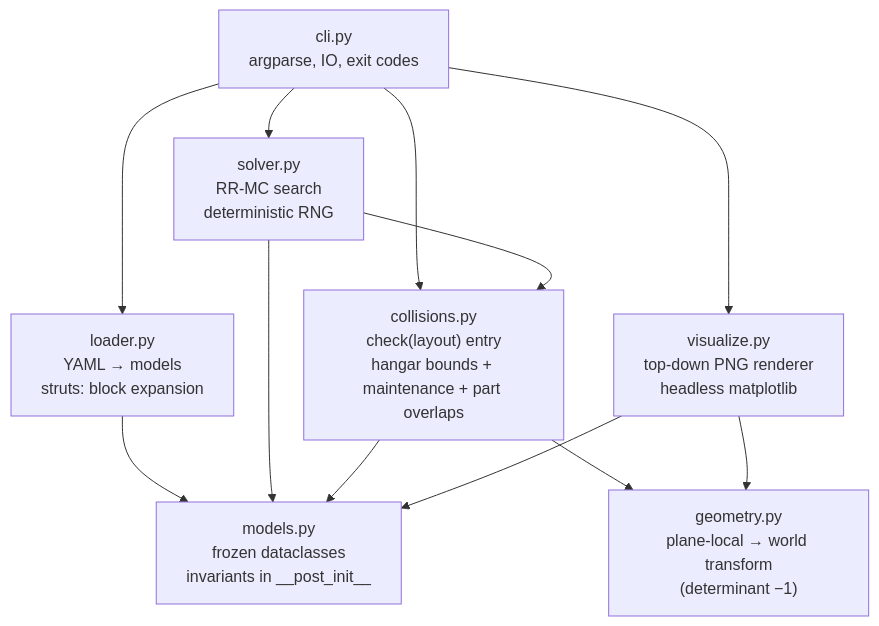
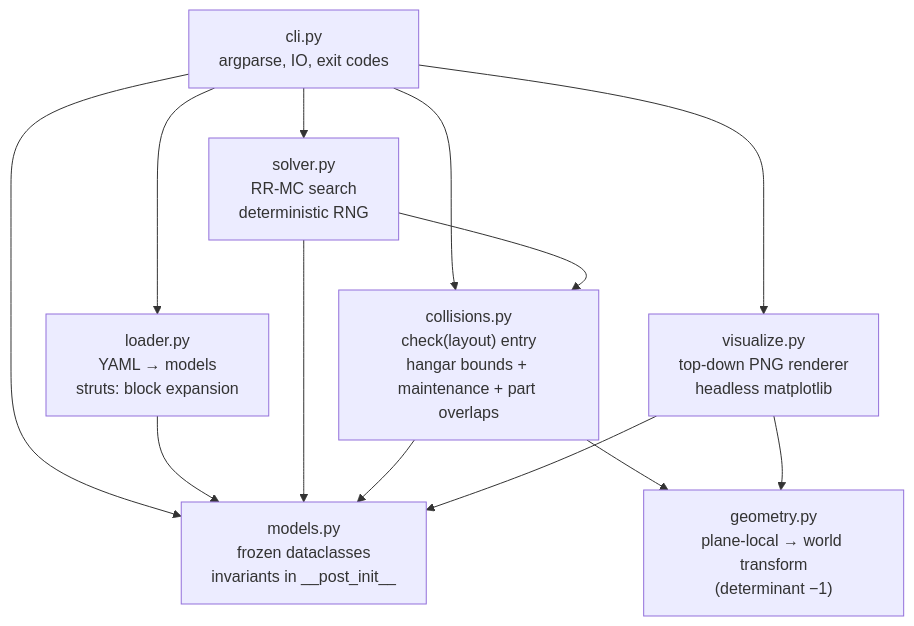
Before and after one commit to DocGerd/hangarfit: the diagram in docs/architecture/05-building-block-view.md, drawn with Mermaid. The commit also changed other lines of this file and 2 other files, not shown here.

````diff
--- a/docs/architecture/05-building-block-view.md
+++ b/docs/architecture/05-building-block-view.md
@@ -9,26 +9,27 @@
 ```mermaid
 flowchart TD
     cli["cli.py<br/>argparse, IO, exit codes"]
     loader["loader.py<br/>YAML → models<br/>struts: block expansion"]
     models["models.py<br/>frozen dataclasses<br/>invariants in __post_init__"]
     geometry["geometry.py<br/>plane-local → world transform<br/>(determinant −1)"]
     collisions["collisions.py<br/>check(layout) entry<br/>hangar bounds + maintenance + part overlaps"]
     solver["solver.py<br/>RR-MC search<br/>deterministic RNG"]
     visualize["visualize.py<br/>top-down PNG renderer<br/>headless matplotlib"]
 
     cli --> loader
     cli --> collisions
     cli --> solver
     cli --> visualize
+    cli --> models
 
     loader --> models
 
     solver --> collisions
     solver --> models
 
     collisions --> geometry
     collisions --> models
 
     visualize --> geometry
     visualize --> models
 ```
````
